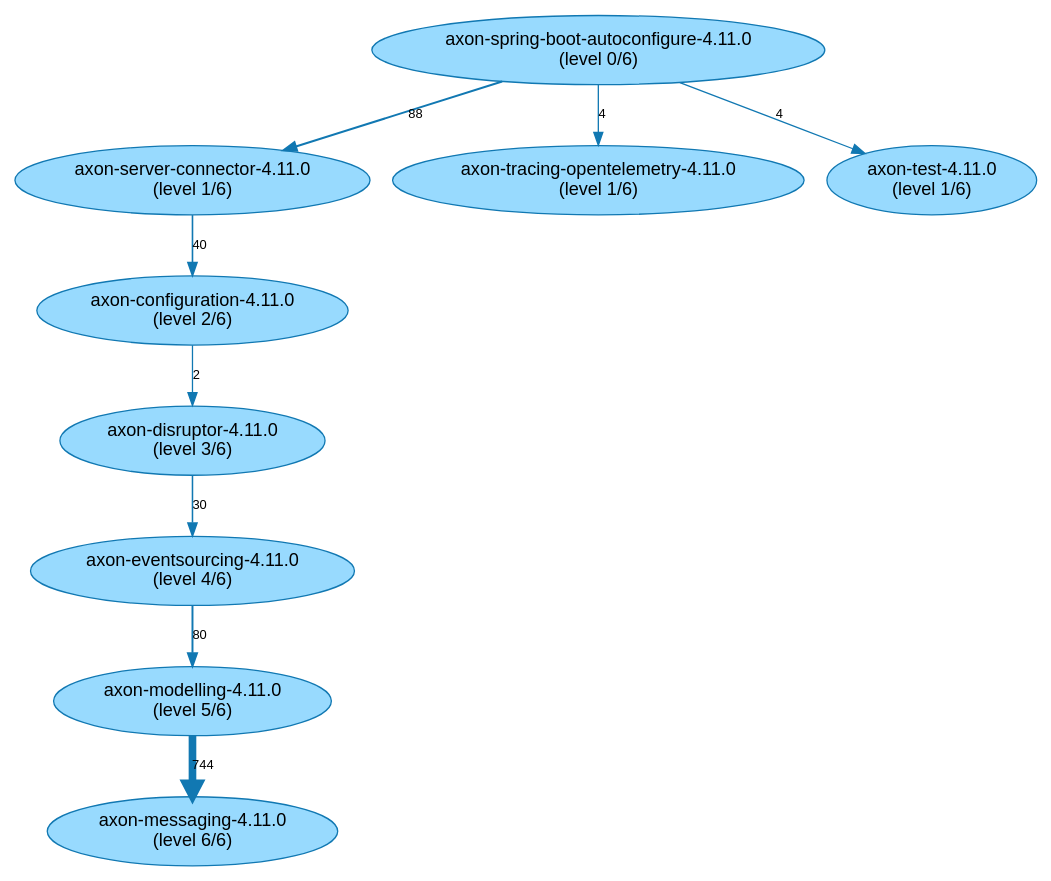
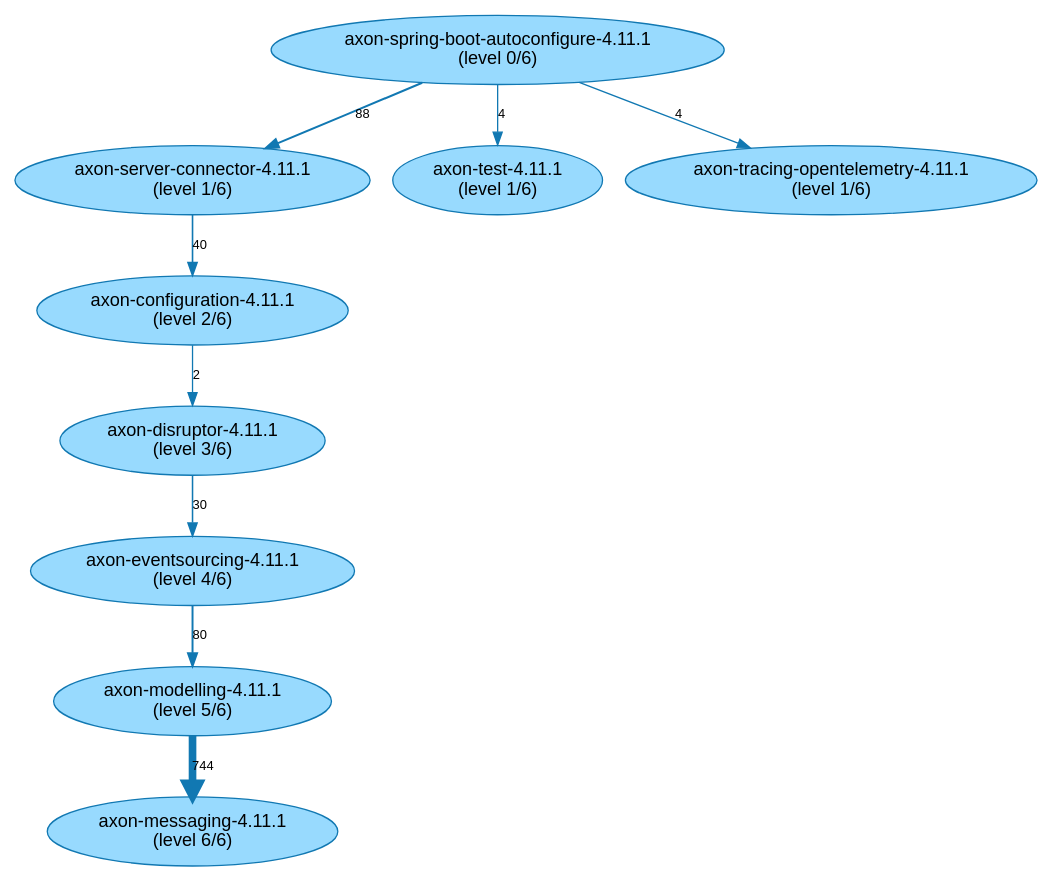
Before and after one commit to JohT/code-graph-analysis-examples: the diagram in analysis-results/AxonFramework/latest/path-finding-visualization/JavaArtifactLongestPathsIsolated.gv, drawn with Graphviz. The commit also changed 449 other files, not shown here.

```diff
--- a/analysis-results/AxonFramework/latest/path-finding-visualization/JavaArtifactLongestPathsIsolated.gv
+++ b/analysis-results/AxonFramework/latest/path-finding-visualization/JavaArtifactLongestPathsIsolated.gv
@@ -1,32 +1,32 @@
 // This GraphViz dot file was generated by the script convertQueryResultCsvToGraphVizDotFile.sh with default.template
 
 strict digraph JavaArtifactLongestPathsIsolated {
     fontname = "Helvetica,Arial,sans-serif";
     node [fontname = "Helvetica,Arial,sans-serif";];
     edge [fontname = "Helvetica,Arial,sans-serif"; fontsize = 10;];
     node [style = filled; fillcolor = "0.560 0.400 0.999";];
     node [color = "0.560 0.900 0.700";];
     edge [color = "0.560 0.900 0.700";];
-	"axon-spring-boot-autoconfigure-4.11.0\n(level 0/6)" -> "axon-server-connector-4.11.0\n(level 1/6)" [label=88; penwidth=1.57; ];
-	"axon-server-connector-4.11.0\n(level 1/6)" -> "axon-configuration-4.11.0\n(level 2/6)" [label=40; penwidth=1.25; ];
-	"axon-configuration-4.11.0\n(level 2/6)" -> "axon-disruptor-4.11.0\n(level 3/6)" [label=2; penwidth=1.0; ];
-	"axon-disruptor-4.11.0\n(level 3/6)" -> "axon-eventsourcing-4.11.0\n(level 4/6)" [label=30; penwidth=1.19; ];
-	"axon-eventsourcing-4.11.0\n(level 4/6)" -> "axon-modelling-4.11.0\n(level 5/6)" [label=80; penwidth=1.52; ];
-	"axon-modelling-4.11.0\n(level 5/6)" -> "axon-messaging-4.11.0\n(level 6/6)" [label=744; penwidth=5.92; ];
-	"axon-spring-boot-autoconfigure-4.11.0\n(level 0/6)" -> "axon-server-connector-4.11.0\n(level 1/6)" [label=88; penwidth=1.57; ];
-	"axon-server-connector-4.11.0\n(level 1/6)" -> "axon-configuration-4.11.0\n(level 2/6)" [label=40; penwidth=1.25; ];
-	"axon-configuration-4.11.0\n(level 2/6)" -> "axon-disruptor-4.11.0\n(level 3/6)" [label=2; penwidth=1.0; ];
-	"axon-disruptor-4.11.0\n(level 3/6)" -> "axon-eventsourcing-4.11.0\n(level 4/6)" [label=30; penwidth=1.19; ];
-	"axon-eventsourcing-4.11.0\n(level 4/6)" -> "axon-modelling-4.11.0\n(level 5/6)" [label=80; penwidth=1.52; ];
-	"axon-spring-boot-autoconfigure-4.11.0\n(level 0/6)" -> "axon-server-connector-4.11.0\n(level 1/6)" [label=88; penwidth=1.57; ];
-	"axon-server-connector-4.11.0\n(level 1/6)" -> "axon-configuration-4.11.0\n(level 2/6)" [label=40; penwidth=1.25; ];
-	"axon-configuration-4.11.0\n(level 2/6)" -> "axon-disruptor-4.11.0\n(level 3/6)" [label=2; penwidth=1.0; ];
-	"axon-disruptor-4.11.0\n(level 3/6)" -> "axon-eventsourcing-4.11.0\n(level 4/6)" [label=30; penwidth=1.19; ];
-	"axon-server-connector-4.11.0\n(level 1/6)" -> "axon-configuration-4.11.0\n(level 2/6)" [label=40; penwidth=1.25; ];
-	"axon-configuration-4.11.0\n(level 2/6)" -> "axon-disruptor-4.11.0\n(level 3/6)" [label=2; penwidth=1.0; ];
-	"axon-spring-boot-autoconfigure-4.11.0\n(level 0/6)" -> "axon-server-connector-4.11.0\n(level 1/6)" [label=88; penwidth=1.57; ];
-	"axon-server-connector-4.11.0\n(level 1/6)" -> "axon-configuration-4.11.0\n(level 2/6)" [label=40; penwidth=1.25; ];
-	"axon-spring-boot-autoconfigure-4.11.0\n(level 0/6)" -> "axon-tracing-opentelemetry-4.11.0\n(level 1/6)" [label=4; penwidth=1.01; ];
-	"axon-spring-boot-autoconfigure-4.11.0\n(level 0/6)" -> "axon-server-connector-4.11.0\n(level 1/6)" [label=88; penwidth=1.57; ];
-	"axon-spring-boot-autoconfigure-4.11.0\n(level 0/6)" -> "axon-test-4.11.0\n(level 1/6)" [label=4; penwidth=1.01; ];
+	"axon-spring-boot-autoconfigure-4.11.1\n(level 0/6)" -> "axon-server-connector-4.11.1\n(level 1/6)" [label=88; penwidth=1.57; ];
+	"axon-server-connector-4.11.1\n(level 1/6)" -> "axon-configuration-4.11.1\n(level 2/6)" [label=40; penwidth=1.25; ];
+	"axon-configuration-4.11.1\n(level 2/6)" -> "axon-disruptor-4.11.1\n(level 3/6)" [label=2; penwidth=1.0; ];
+	"axon-disruptor-4.11.1\n(level 3/6)" -> "axon-eventsourcing-4.11.1\n(level 4/6)" [label=30; penwidth=1.19; ];
+	"axon-eventsourcing-4.11.1\n(level 4/6)" -> "axon-modelling-4.11.1\n(level 5/6)" [label=80; penwidth=1.52; ];
+	"axon-modelling-4.11.1\n(level 5/6)" -> "axon-messaging-4.11.1\n(level 6/6)" [label=744; penwidth=5.92; ];
+	"axon-spring-boot-autoconfigure-4.11.1\n(level 0/6)" -> "axon-server-connector-4.11.1\n(level 1/6)" [label=88; penwidth=1.57; ];
+	"axon-server-connector-4.11.1\n(level 1/6)" -> "axon-configuration-4.11.1\n(level 2/6)" [label=40; penwidth=1.25; ];
+	"axon-configuration-4.11.1\n(level 2/6)" -> "axon-disruptor-4.11.1\n(level 3/6)" [label=2; penwidth=1.0; ];
+	"axon-disruptor-4.11.1\n(level 3/6)" -> "axon-eventsourcing-4.11.1\n(level 4/6)" [label=30; penwidth=1.19; ];
+	"axon-eventsourcing-4.11.1\n(level 4/6)" -> "axon-modelling-4.11.1\n(level 5/6)" [label=80; penwidth=1.52; ];
+	"axon-spring-boot-autoconfigure-4.11.1\n(level 0/6)" -> "axon-server-connector-4.11.1\n(level 1/6)" [label=88; penwidth=1.57; ];
+	"axon-server-connector-4.11.1\n(level 1/6)" -> "axon-configuration-4.11.1\n(level 2/6)" [label=40; penwidth=1.25; ];
+	"axon-configuration-4.11.1\n(level 2/6)" -> "axon-disruptor-4.11.1\n(level 3/6)" [label=2; penwidth=1.0; ];
+	"axon-disruptor-4.11.1\n(level 3/6)" -> "axon-eventsourcing-4.11.1\n(level 4/6)" [label=30; penwidth=1.19; ];
+	"axon-server-connector-4.11.1\n(level 1/6)" -> "axon-configuration-4.11.1\n(level 2/6)" [label=40; penwidth=1.25; ];
+	"axon-configuration-4.11.1\n(level 2/6)" -> "axon-disruptor-4.11.1\n(level 3/6)" [label=2; penwidth=1.0; ];
+	"axon-spring-boot-autoconfigure-4.11.1\n(level 0/6)" -> "axon-server-connector-4.11.1\n(level 1/6)" [label=88; penwidth=1.57; ];
+	"axon-server-connector-4.11.1\n(level 1/6)" -> "axon-configuration-4.11.1\n(level 2/6)" [label=40; penwidth=1.25; ];
+	"axon-spring-boot-autoconfigure-4.11.1\n(level 0/6)" -> "axon-server-connector-4.11.1\n(level 1/6)" [label=88; penwidth=1.57; ];
+	"axon-spring-boot-autoconfigure-4.11.1\n(level 0/6)" -> "axon-test-4.11.1\n(level 1/6)" [label=4; penwidth=1.01; ];
+	"axon-spring-boot-autoconfigure-4.11.1\n(level 0/6)" -> "axon-tracing-opentelemetry-4.11.1\n(level 1/6)" [label=4; penwidth=1.01; ];
 }
```
